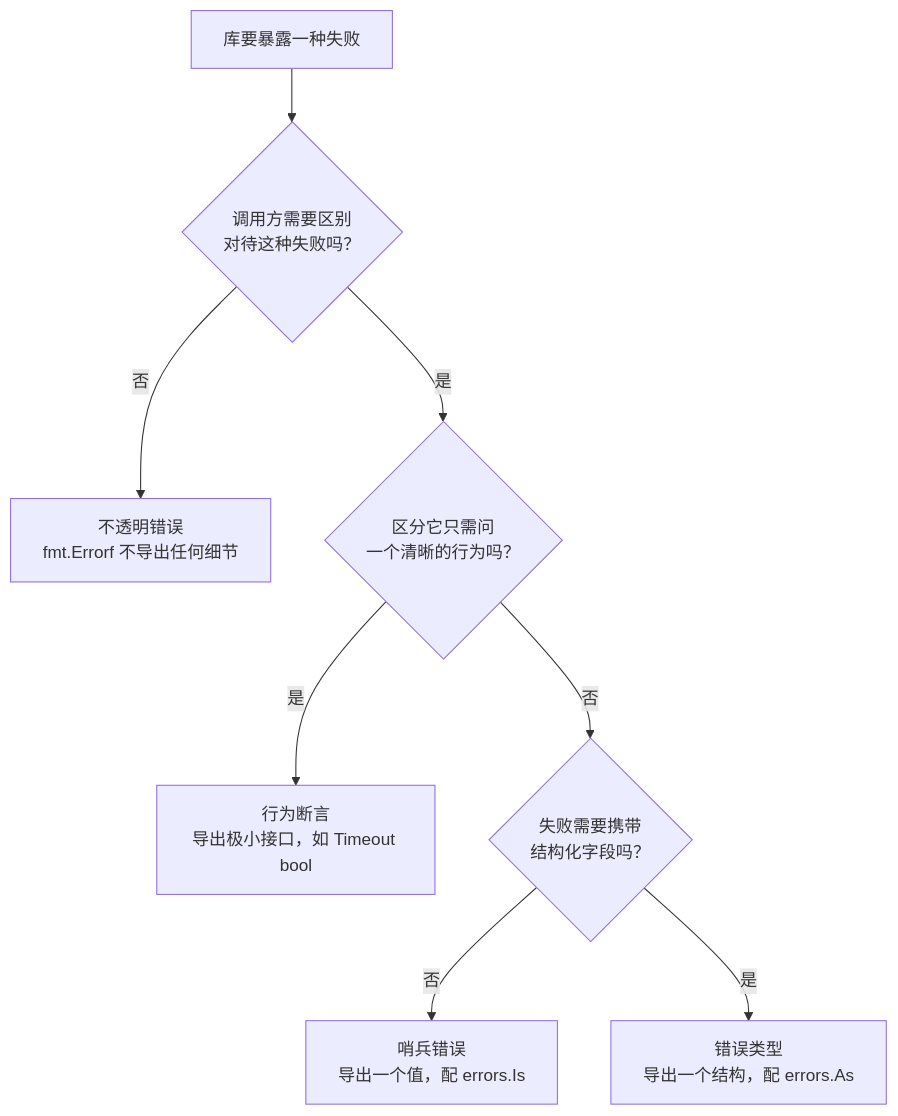
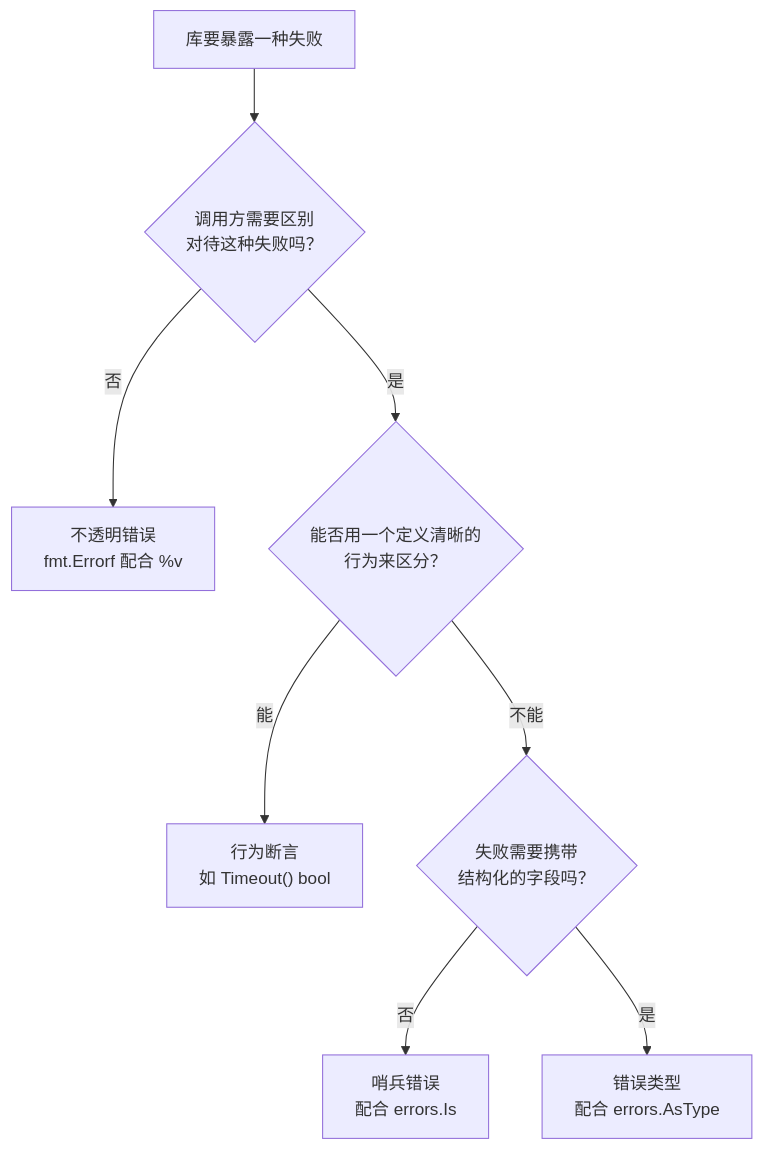
One commit to golang-design/under-the-hood changed the diagram in book/zh-cn/part2lang/ch07errors/semantics.md. Above: the diagram before and after it, drawn with Mermaid. The commit also changed other lines of this file and 5 other files, not shown here.

````diff
--- a/book/zh-cn/part2lang/ch07errors/semantics.md
+++ b/book/zh-cn/part2lang/ch07errors/semantics.md
@@ -220,10 +249,10 @@
 ```mermaid
 flowchart TD
 	START["库要暴露一种失败"] --> Q1{"调用方需要区别<br/>对待这种失败吗？"}
-	Q1 -->|否| OPAQUE["不透明错误<br/>fmt.Errorf 不导出任何细节"]
-	Q1 -->|是| Q2{"区分它只需问<br/>一个清晰的行为吗？"}
-	Q2 -->|是| BEHAVIOR["行为断言<br/>导出极小接口，如 Timeout bool"]
-	Q2 -->|否| Q3{"失败需要携带<br/>结构化字段吗？"}
-	Q3 -->|否| SENTINEL["哨兵错误<br/>导出一个值，配 errors.Is"]
-	Q3 -->|是| TYPE["错误类型<br/>导出一个结构，配 errors.As"]
+	Q1 -->|否| OPAQUE["不透明错误<br/>fmt.Errorf 配合 %v"]
+	Q1 -->|是| Q2{"能否用一个定义清晰的<br/>行为来区分？"}
+	Q2 -->|能| BEHAVIOR["行为断言<br/>如 Timeout() bool"]
+	Q2 -->|不能| Q3{"失败需要携带<br/>结构化的字段吗？"}
+	Q3 -->|否| SENTINEL["哨兵错误<br/>配合 errors.Is"]
+	Q3 -->|是| TYPE["错误类型<br/>配合 errors.AsType"]
 ```
````
